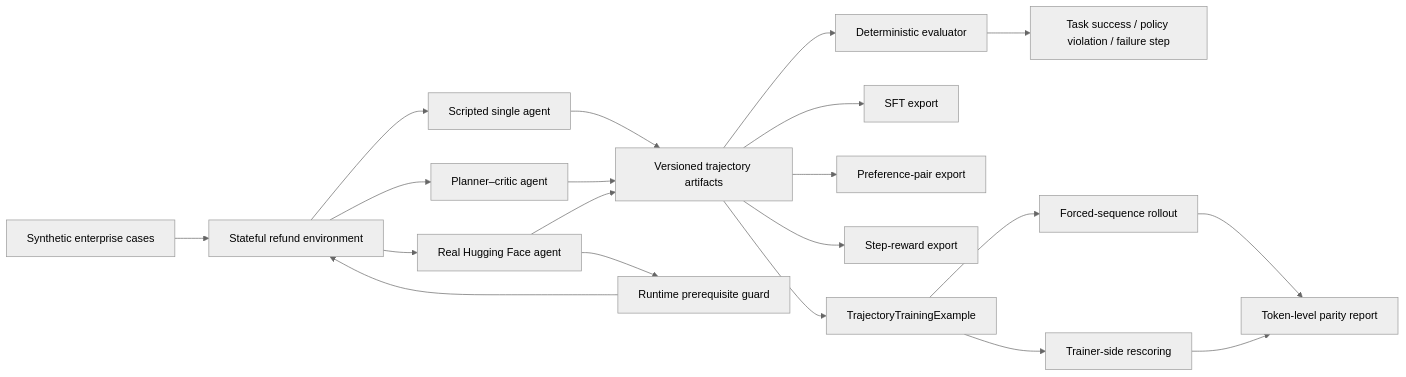
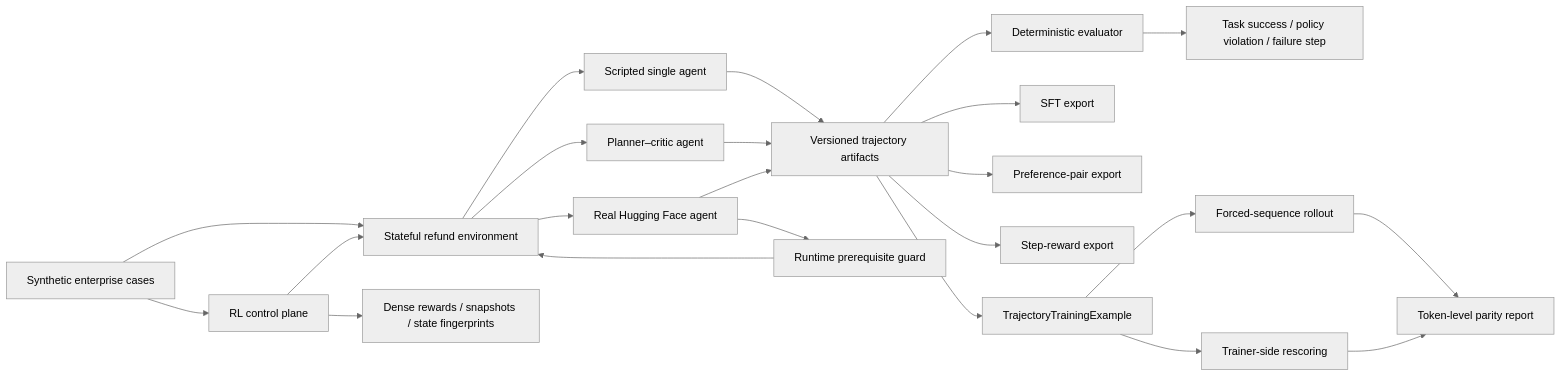
One commit to wwqqq16/parity-posttrain changed the diagram in INTERVIEW_BRIEF.md. Above: the diagram before and after it, drawn with Mermaid (neutral theme). The commit also changed other lines of this file and 6 other files, not shown here.

Commit message:
feat: add deterministic enterprise RL control plane

````diff
--- a/INTERVIEW_BRIEF.md
+++ b/INTERVIEW_BRIEF.md
@@ -9,27 +9,30 @@
 ```mermaid
 flowchart LR
     A[Synthetic enterprise cases] --> B[Stateful refund environment]
+    A --> O[RL control plane]
+    O --> B
     B --> C1[Scripted single agent]
     B --> C2[Planner–critic agent]
     B --> C3[Real Hugging Face agent]
 
     C1 --> D[Versioned trajectory artifacts]
     C2 --> D
     C3 --> D
 
     C3 --> G[Runtime prerequisite guard]
     G --> B
 
     D --> E[Deterministic evaluator]
     E --> F[Task success / policy violation / failure step]
+    O --> P[Dense rewards / snapshots / state fingerprints]
 
     D --> H[SFT export]
     D --> I[Preference-pair export]
     D --> J[Step-reward export]
 
     D --> K[TrajectoryTrainingExample]
     K --> L[Forced-sequence rollout]
     K --> M[Trainer-side rescoring]
     L --> N[Token-level parity report]
     M --> N
 ```
````
